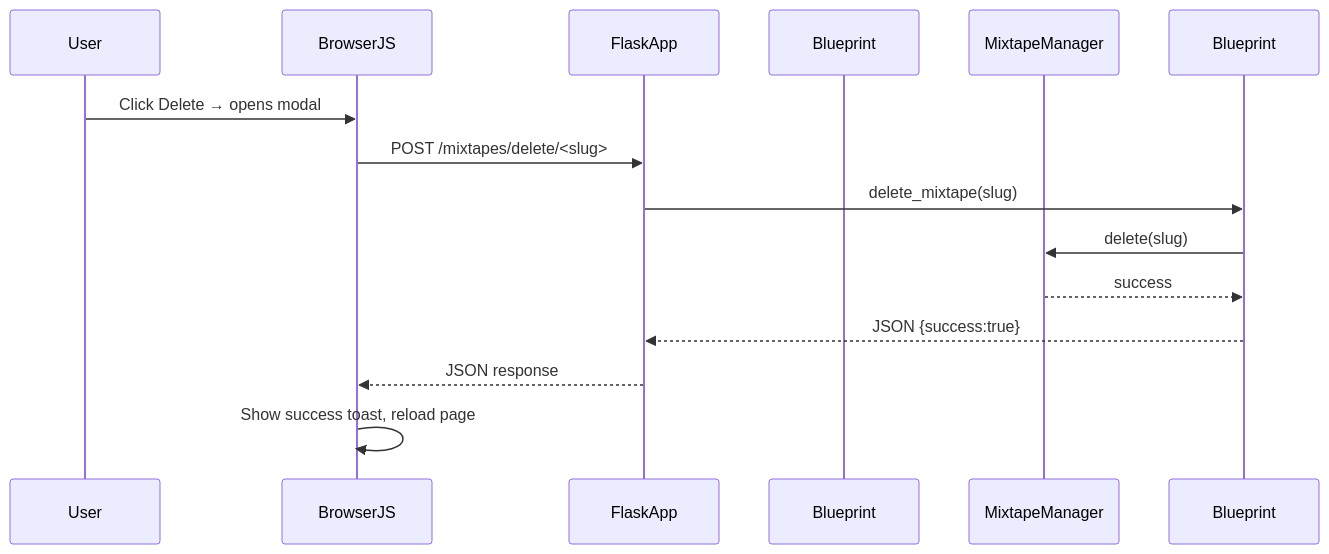
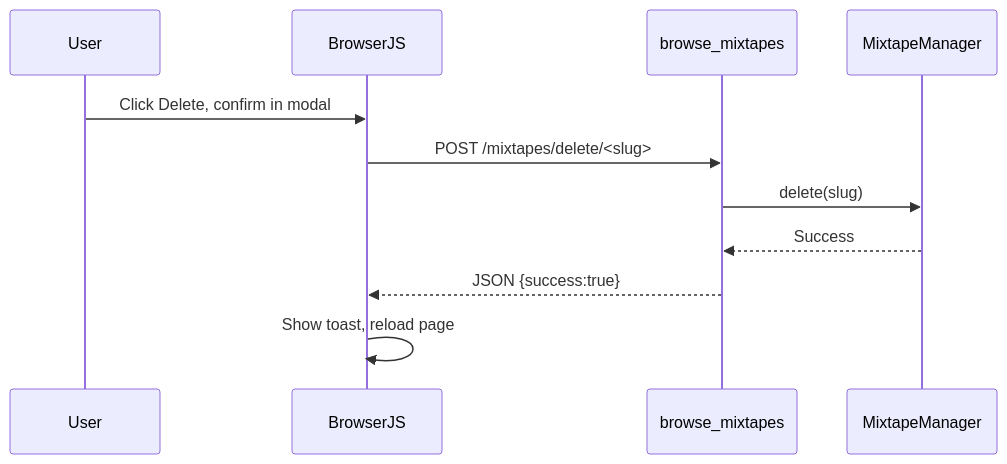
Before and after one commit to mark-me/mixtape-society: the third of 3 diagrams in docs/development/web-application/routes/browse.md, drawn with Mermaid. The commit also changed other lines of this file and 19 other files, not shown here.

First line of the commit message:
Simplify unreadable diagrams and correct small errors in the docs

````diff
--- a/docs/development/web-application/routes/browse.md
+++ b/docs/development/web-application/routes/browse.md
@@ -357,17 +354,14 @@
 ```mermaid
 sequenceDiagram
     participant User
-    participant BrowserJS
-    participant FlaskApp
-    participant browse_mixtapes as Blueprint
-    participant MixtapeManager
+    participant JS as BrowserJS
+    participant BP as browse_mixtapes
+    participant MM as MixtapeManager
 
-    User->>BrowserJS: Click Delete → opens modal
-    BrowserJS->>FlaskApp: POST /mixtapes/delete/<slug>
-    FlaskApp->>Blueprint: delete_mixtape(slug)
-    Blueprint->>MixtapeManager: delete(slug)
-    MixtapeManager-->>Blueprint: success
-    Blueprint-->>FlaskApp: JSON {success:true}
-    FlaskApp-->>BrowserJS: JSON response
-    BrowserJS->>BrowserJS: Show success toast, reload page
+    User->>JS: Click Delete, confirm in modal
+    JS->>BP: POST /mixtapes/delete/#lt;slug#gt;
+    BP->>MM: delete(slug)
+    MM-->>BP: Success
+    BP-->>JS: JSON {success:true}
+    JS->>JS: Show toast, reload page
 ```
````
